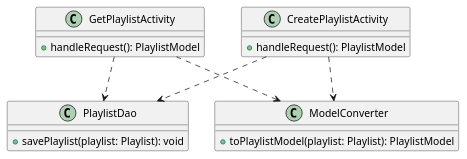
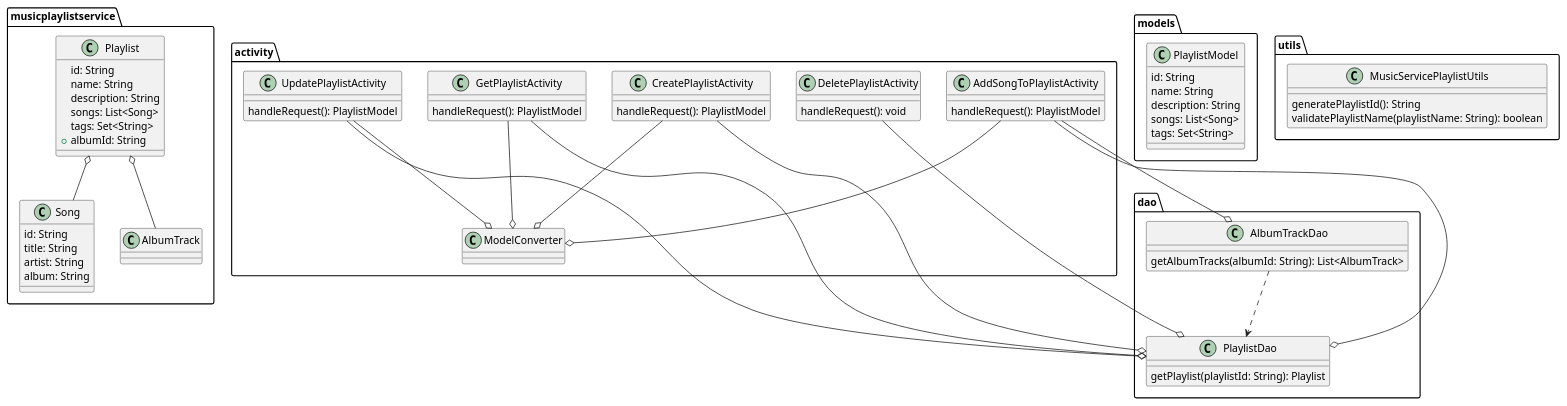
Before and after one commit to chmsly/MusicPlaylistService: the diagram in src/com/amazon/ata/music/playlist/service/activity/Activity_Classes.puml, drawn with PlantUML. The commit also changed 11 other files, not shown here.

```diff
--- a/src/com/amazon/ata/music/playlist/service/activity/Activity_Classes.puml
+++ b/src/com/amazon/ata/music/playlist/service/activity/Activity_Classes.puml
@@ -1,24 +1,71 @@
 @startuml
-
-class GetPlaylistActivity {
-  + handleRequest(): PlaylistModel
+package musicplaylistservice {
+  class Playlist {
+    id: String
+    name: String
+    description: String
+    songs: List<Song>
+    tags: Set<String>
+    + albumId: String
+  }
+  class Song {
+    id: String
+    title: String
+    artist: String
+    album: String
+  }
+  Playlist o-- Song
+  Playlist o-- AlbumTrack
 }
-
-class CreatePlaylistActivity {
-  + handleRequest(): PlaylistModel
+package dao {
+  class AlbumTrackDao {
+    getAlbumTracks(albumId: String): List<AlbumTrack>
+  }
+  class PlaylistDao {
+    getPlaylist(playlistId: String): Playlist
+  }
+  AlbumTrackDao ..> PlaylistDao
 }
-
-class PlaylistDao {
-  + savePlaylist(playlist: Playlist): void
+package activity {
+  class GetPlaylistActivity {
+    handleRequest(): PlaylistModel
+  }
+  class CreatePlaylistActivity {
+    handleRequest(): PlaylistModel
+  }
+  class UpdatePlaylistActivity {
+    handleRequest(): PlaylistModel
+  }
+  class DeletePlaylistActivity {
+    handleRequest(): void
+  }
+  class AddSongToPlaylistActivity {
+    handleRequest(): PlaylistModel
+  }
+      GetPlaylistActivity --o PlaylistDao
+      GetPlaylistActivity --o ModelConverter
+      CreatePlaylistActivity --o PlaylistDao
+      CreatePlaylistActivity --o ModelConverter
+      UpdatePlaylistActivity --o PlaylistDao
+      UpdatePlaylistActivity --o ModelConverter
+      DeletePlaylistActivity --o PlaylistDao
+      AddSongToPlaylistActivity --o PlaylistDao
+      AddSongToPlaylistActivity --o ModelConverter
+      AddSongToPlaylistActivity --o AlbumTrackDao
 }
-
-class ModelConverter {
-  + toPlaylistModel(playlist: Playlist): PlaylistModel
+package models {
+  class PlaylistModel {
+    id: String
+    name: String
+    description: String
+    songs: List<Song>
+    tags: Set<String>
+  }
 }
-
-GetPlaylistActivity ..> PlaylistDao
-GetPlaylistActivity ..> ModelConverter
-CreatePlaylistActivity ..> PlaylistDao
-CreatePlaylistActivity ..> ModelConverter
-
+package utils {
+  class MusicServicePlaylistUtils {
+    generatePlaylistId(): String
+    validatePlaylistName(playlistName: String): boolean
+  }
+}
 @enduml
```
